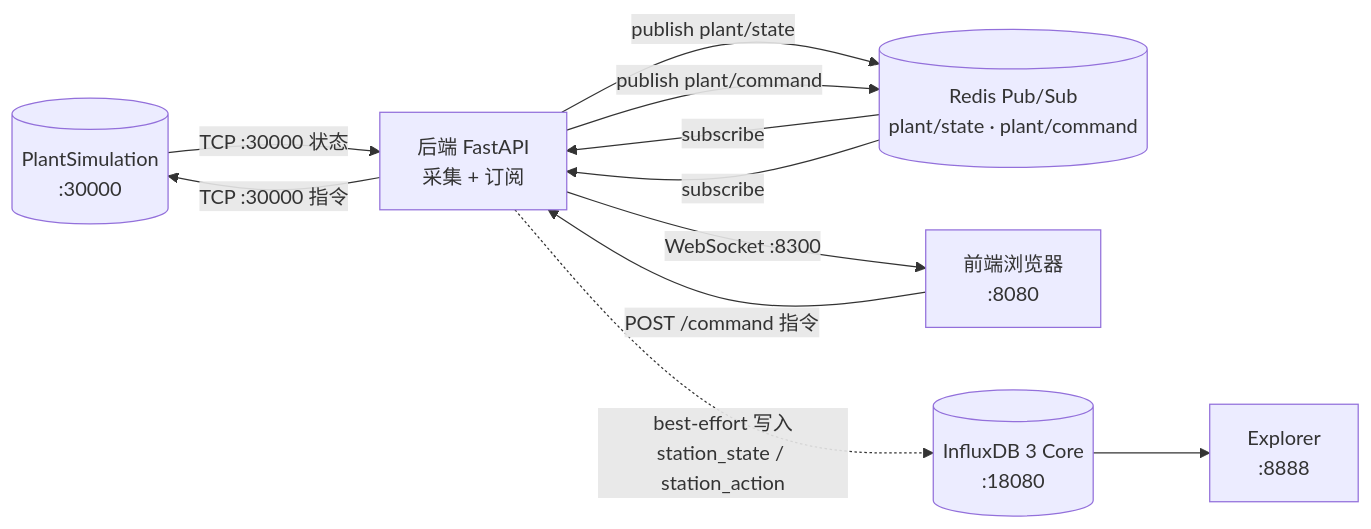
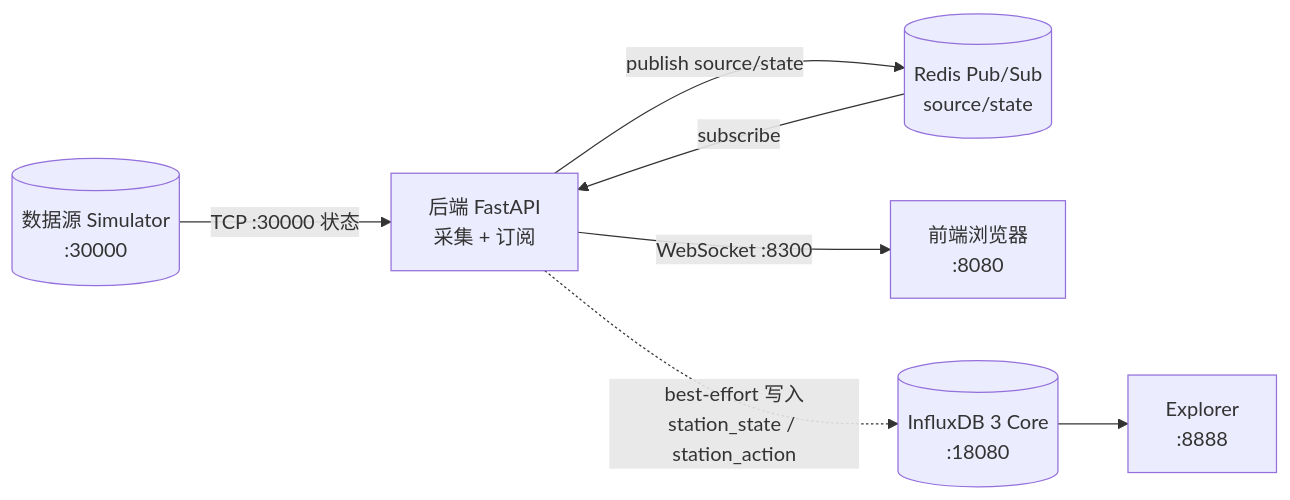
One commit to yjd0625/digital-twin-project changed the second of 2 diagrams in README.md. Above: the diagram before and after it, drawn with Mermaid. The commit also changed other lines of this file and 32 other files, not shown here.

Commit message:
feat: replace Plant Simulation with pluggable Python data source

````diff
--- a/README.md
+++ b/README.md
@@ -275,22 +291,17 @@
 ```mermaid
 flowchart LR
-    PS[(PlantSimulation<br/>:30000)]
+    SRC[(数据源 Simulator<br/>:30000)]
     BE[后端 FastAPI<br/>采集 + 订阅]
-    BUS[(Redis Pub/Sub<br/>plant/state · plant/command)]
+    BUS[(Redis Pub/Sub<br/>source/state)]
     FE[前端浏览器<br/>:8080]
     IDB[(InfluxDB 3 Core<br/>:18080)]
     EXP[Explorer<br/>:8888]
 
-    PS -->|TCP :30000 状态| BE
-    BE -->|publish plant/state| BUS
+    SRC -->|TCP :30000 状态| BE
+    BE -->|publish source/state| BUS
     BUS -->|subscribe| BE
     BE -->|WebSocket :8300| FE
-
-    FE -->|POST /command 指令| BE
-    BE -->|publish plant/command| BUS
-    BUS -->|subscribe| BE
-    BE -->|TCP :30000 指令| PS
 
     BE -.->|best-effort 写入<br/>station_state / station_action| IDB
     IDB --> EXP
 ```
````
